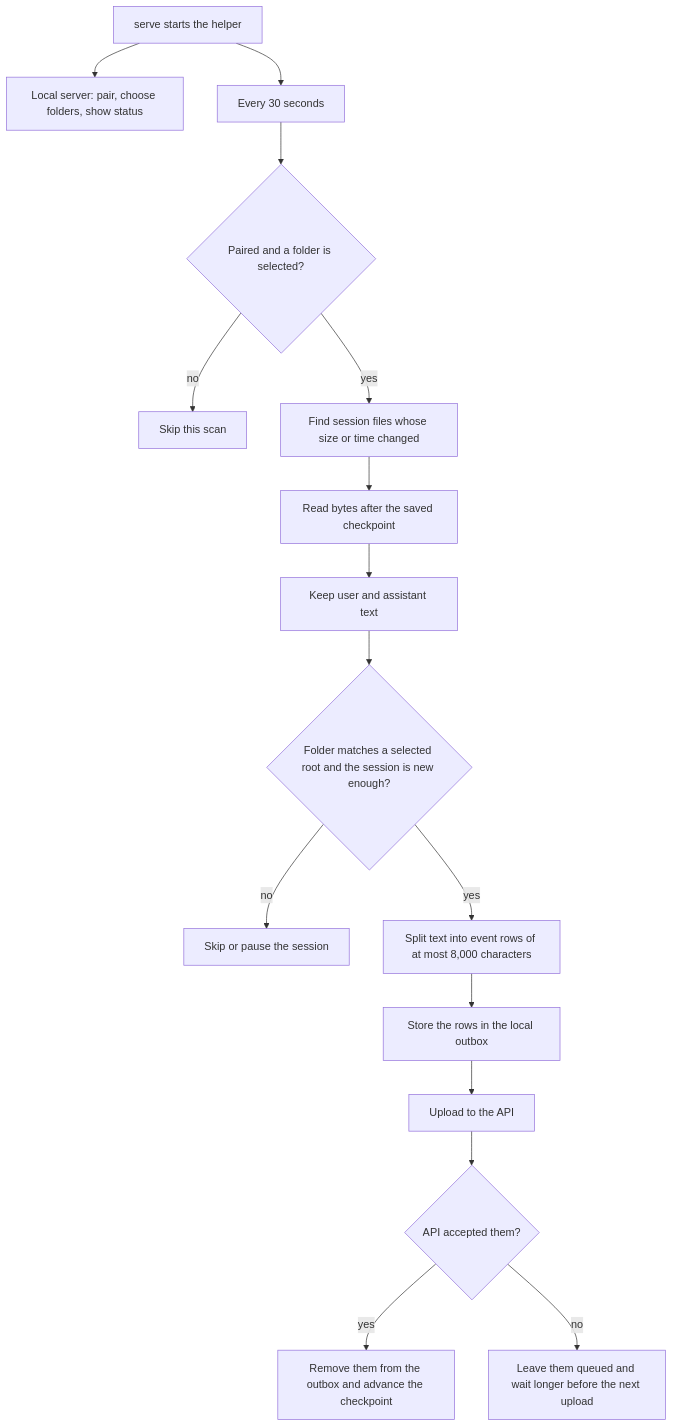
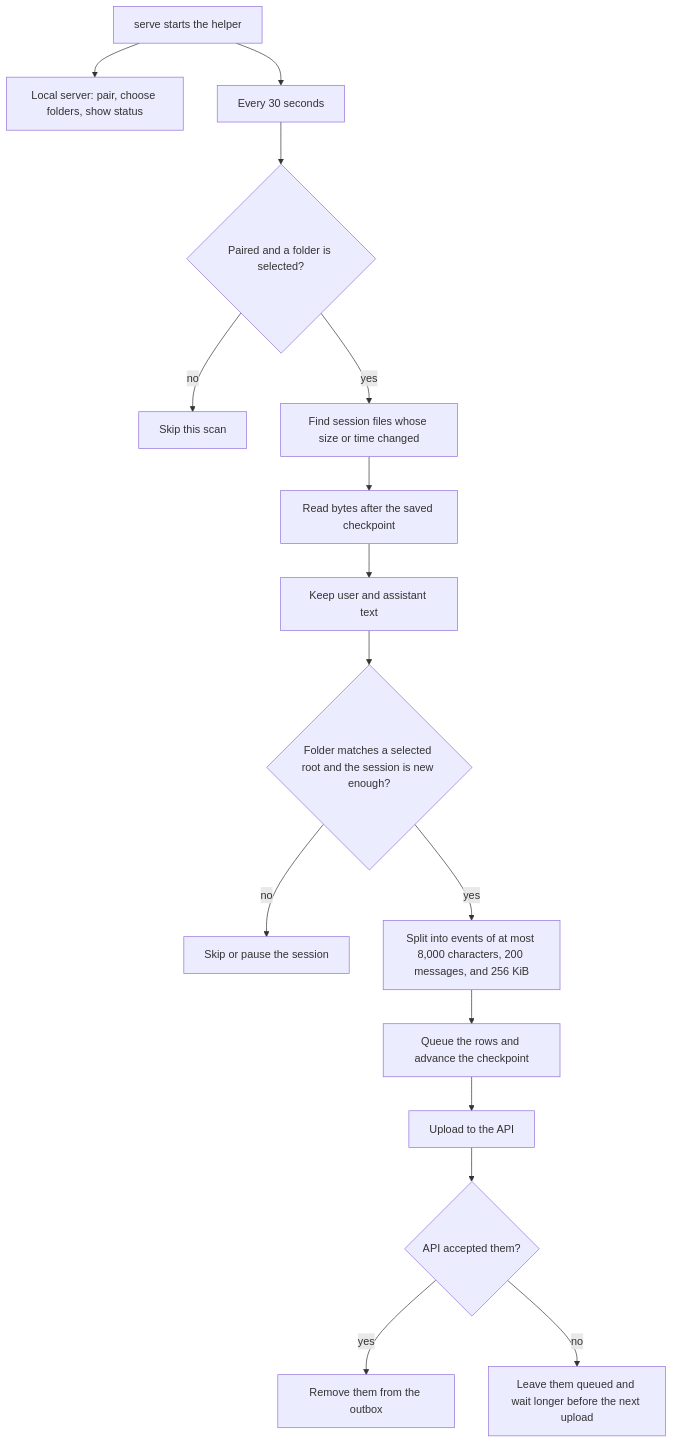
The diagram in apps/local-collector/README.md (bryanlaiwei/automatic-project-map), drawn with Mermaid before and after one commit. The commit also changed other lines of this file and 27 other files, not shown here.

````diff
--- a/apps/local-collector/README.md
+++ b/apps/local-collector/README.md
@@ -7,21 +7,21 @@
 ```mermaid
 flowchart TD
   serve["serve starts the helper"] --> http["Local server: pair, choose folders, show status"]
   serve --> loop["Every 30 seconds"]
 
   loop --> paired{"Paired and a folder is selected?"}
   paired -->|no| wait["Skip this scan"]
   paired -->|yes| find["Find session files whose size or time changed"]
 
   find --> read["Read bytes after the saved checkpoint"]
   read --> text["Keep user and assistant text"]
   text --> eligible{"Folder matches a selected root and the session is new enough?"}
   eligible -->|no| skip["Skip or pause the session"]
-  eligible -->|yes| rows["Split text into event rows of at most 8,000 characters"]
+  eligible -->|yes| rows["Split into events of at most 8,000 characters, 200 messages, and 256 KiB"]
 
-  rows --> sqlite["Store the rows in the local outbox"]
+  rows --> sqlite["Queue the rows and advance the checkpoint"]
   sqlite --> upload["Upload to the API"]
   upload --> ok{"API accepted them?"}
-  ok -->|yes| done["Remove them from the outbox and advance the checkpoint"]
+  ok -->|yes| done["Remove them from the outbox"]
   ok -->|no| retry["Leave them queued and wait longer before the next upload"]
 ```
````
